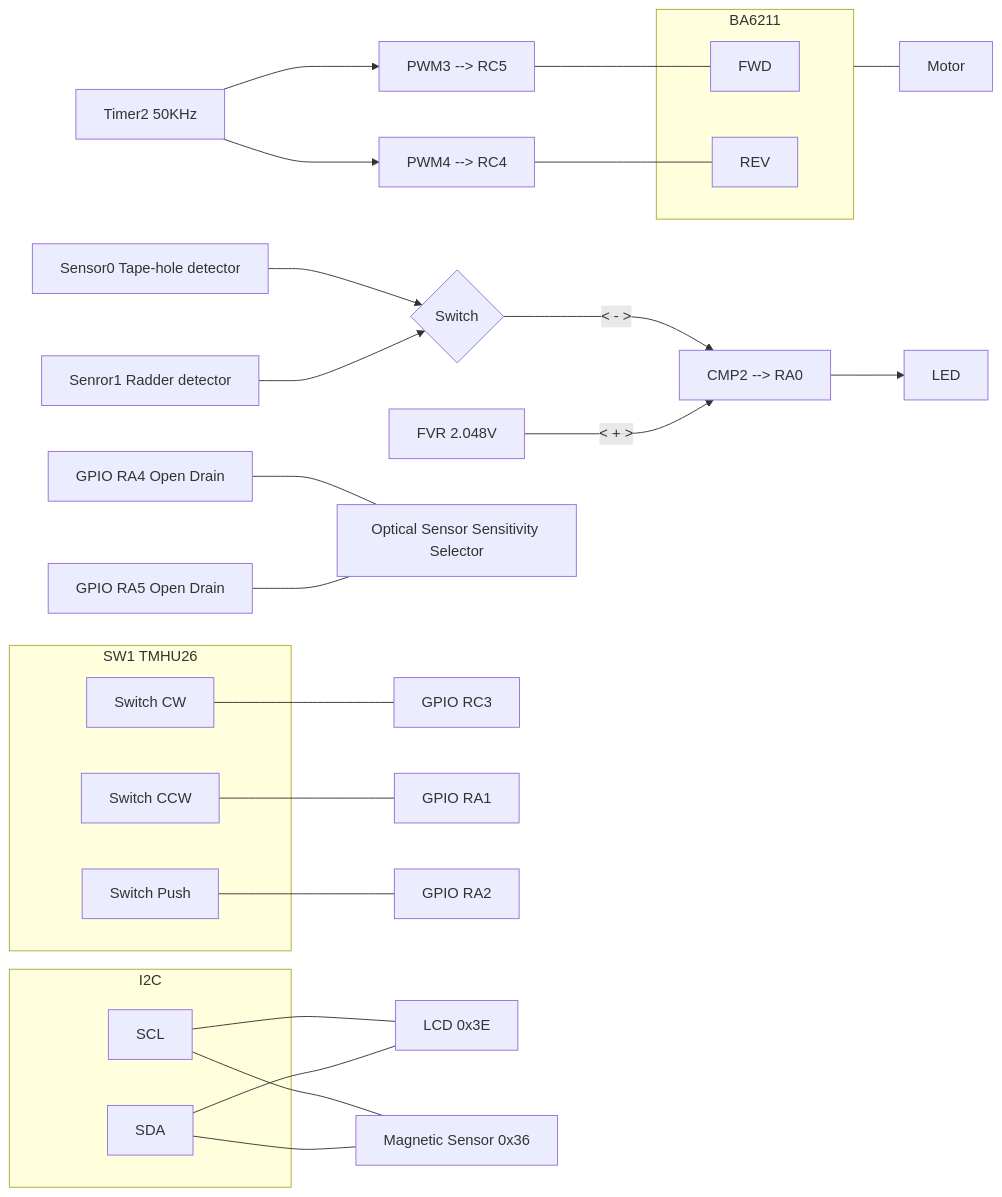
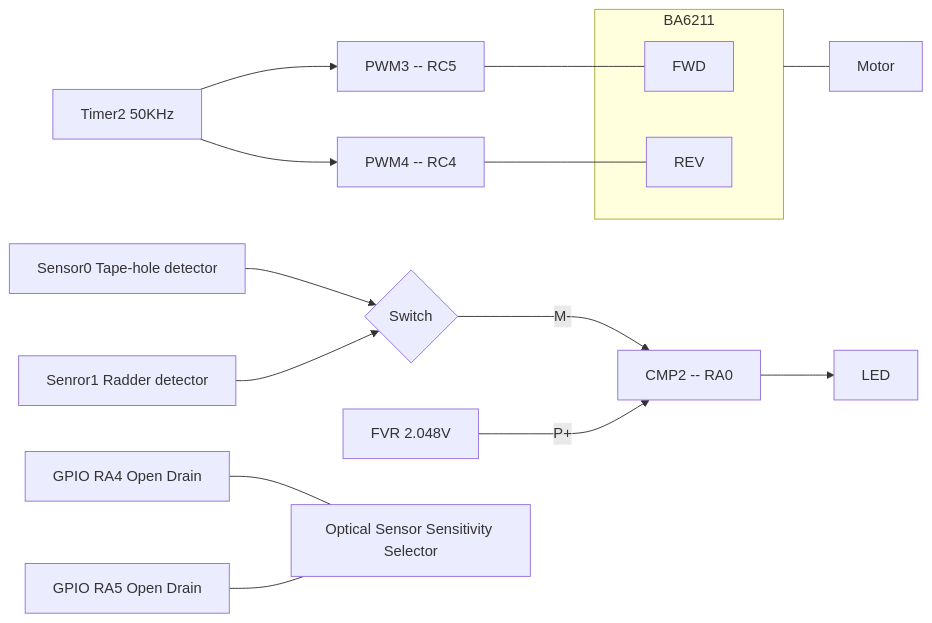
The second of 2 diagrams in README.md (agysft/01_AutoFeeder.X), drawn with Mermaid before and after one commit. The commit also changed other lines of this file, not shown here.

````diff
--- a/README.md
+++ b/README.md
@@ -19,32 +33,16 @@
 ```mermaid
 graph LR
-  A[Timer2 50KHz]-->B[PWM3 --> RC5]---C
+  A[Timer2 50KHz]-->B[PWM3 -- RC5]---C
   subgraph BA6211
   C[FWD]
   E[REV]
   end
   BA6211 --- Z[Motor]
-  A-->D[PWM4 --> RC4]---E
+  A-->D[PWM4 -- RC4]---E
   F[Sensor0 Tape-hole detector]--> S{Switch}
   G[Senror1 Radder detector]--> S
-  S -->| < - > |M[CMP2 --> RA0]-->N[LED]
-    L[FVR 2.048V]-->|< + >|M
+  S -->| M- |M[CMP2 -- RA0]-->N[LED]
+    L[FVR 2.048V]-->| P+ |M
   RA4[GPIO RA4 Open Drain]---H[Optical Sensor Sensitivity Selector]
   RA5[GPIO RA5 Open Drain]---H
-  subgraph SW1 TMHU26
-  CW[Switch CW]
-  CCW[Switch CCW]
-  P[Switch Push]
-  end
-  CW---RC3[GPIO RC3]
-  CCW---RA1[GPIO RA1]
-  P---RA2[GPIO RA2]
-  subgraph I2C
-  SCL[SCL]
-  SDA[SDA]
-  end
-  SCL---LCD[LCD 0x3E]
-  SDA---LCD
-  SCL---MAG[Magnetic Sensor 0x36]
-  SDA---MAG
 ```
````
